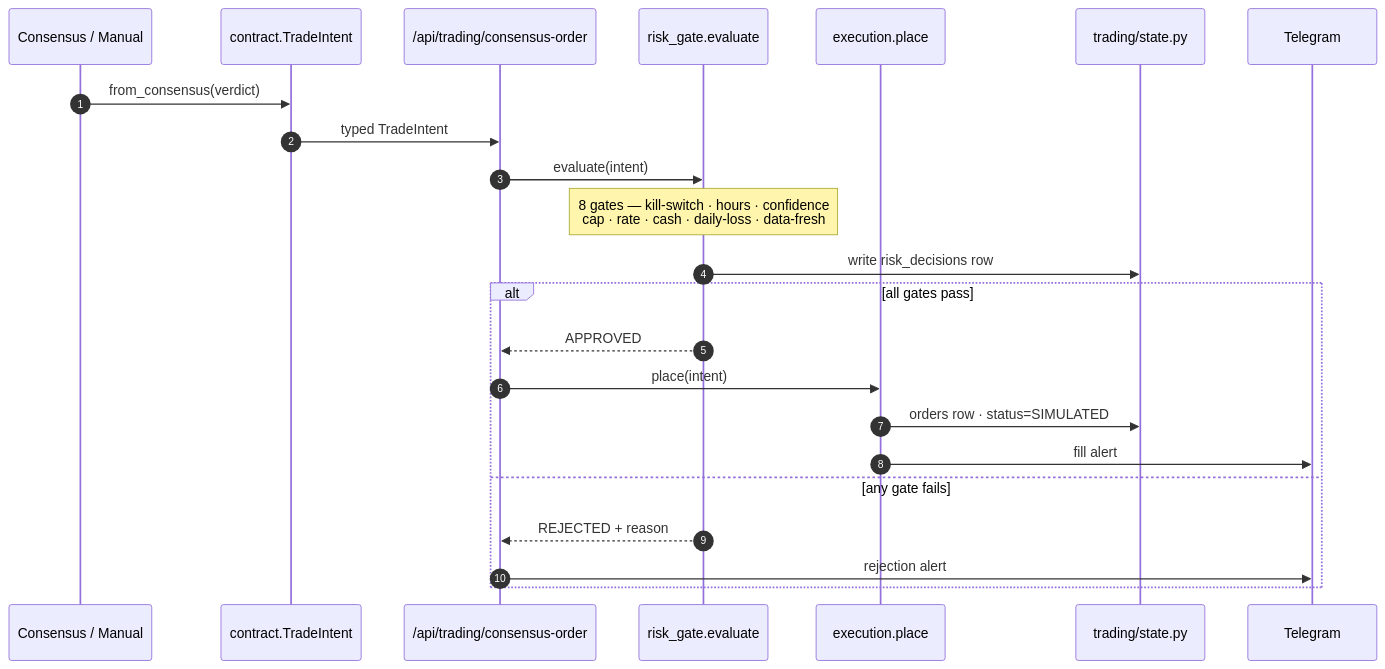
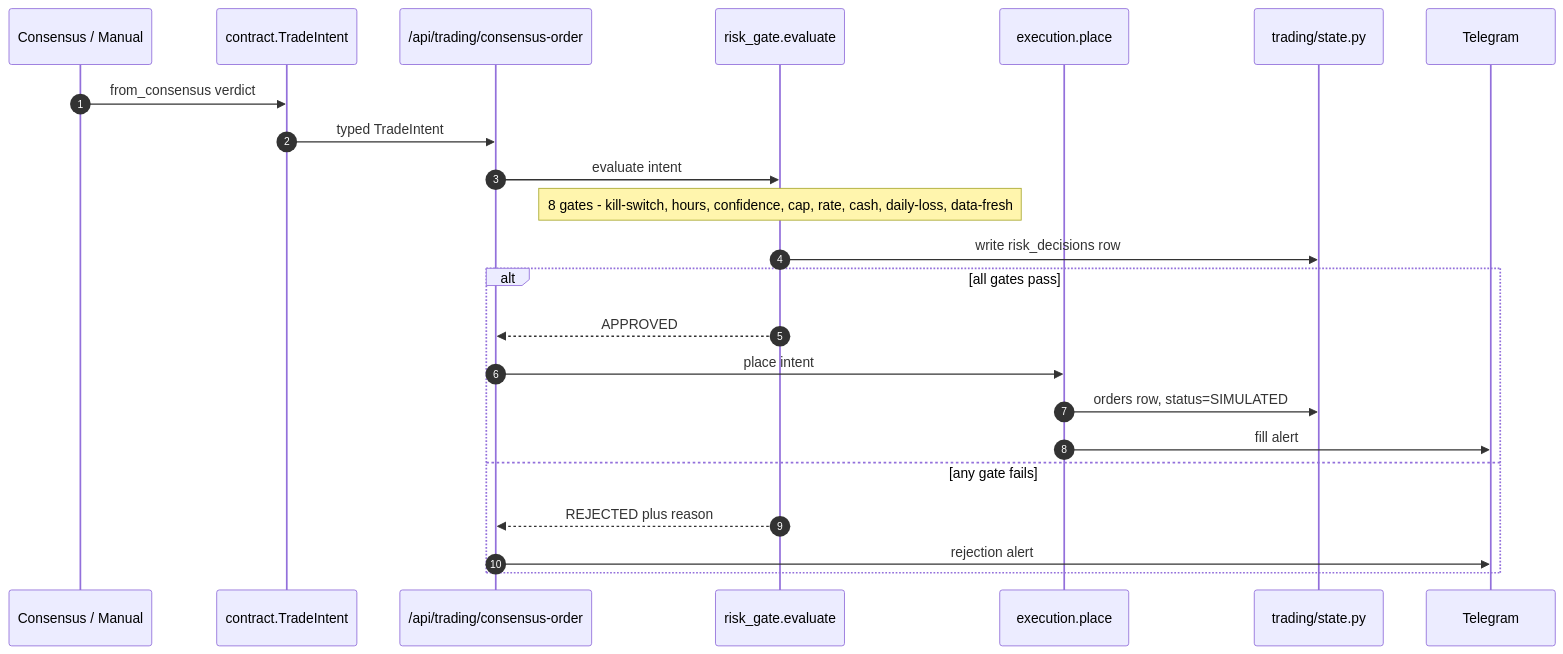
The fourth of 8 diagrams in docs/ARCHITECTURE.md (gesh75/Gesh-Project), drawn with Mermaid before and after one commit. The commit also changed other lines of this file and 1 other file, not shown here.

Commit message:
docs: harden mermaid diagrams for reliable GitHub rendering

````diff
--- a/docs/ARCHITECTURE.md
+++ b/docs/ARCHITECTURE.md
@@ -169,26 +169,26 @@
 ```mermaid
 sequenceDiagram
     autonumber
     participant SRC as Consensus / Manual
     participant CT as contract.TradeIntent
     participant API as /api/trading/consensus-order
     participant RG as risk_gate.evaluate
     participant EX as execution.place
     participant ST as trading/state.py
     participant TG as Telegram
 
-    SRC->>CT: from_consensus(verdict)
+    SRC->>CT: from_consensus verdict
     CT->>API: typed TradeIntent
-    API->>RG: evaluate(intent)
-    Note over RG: 8 gates — kill-switch · hours · confidence<br/>cap · rate · cash · daily-loss · data-fresh
+    API->>RG: evaluate intent
+    Note over RG: 8 gates - kill-switch, hours, confidence, cap, rate, cash, daily-loss, data-fresh
     RG->>ST: write risk_decisions row
     alt all gates pass
         RG-->>API: APPROVED
-        API->>EX: place(intent)
-        EX->>ST: orders row · status=SIMULATED
+        API->>EX: place intent
+        EX->>ST: orders row, status=SIMULATED
         EX->>TG: fill alert
     else any gate fails
-        RG-->>API: REJECTED + reason
+        RG-->>API: REJECTED plus reason
         API->>TG: rejection alert
     end
 ```
````
